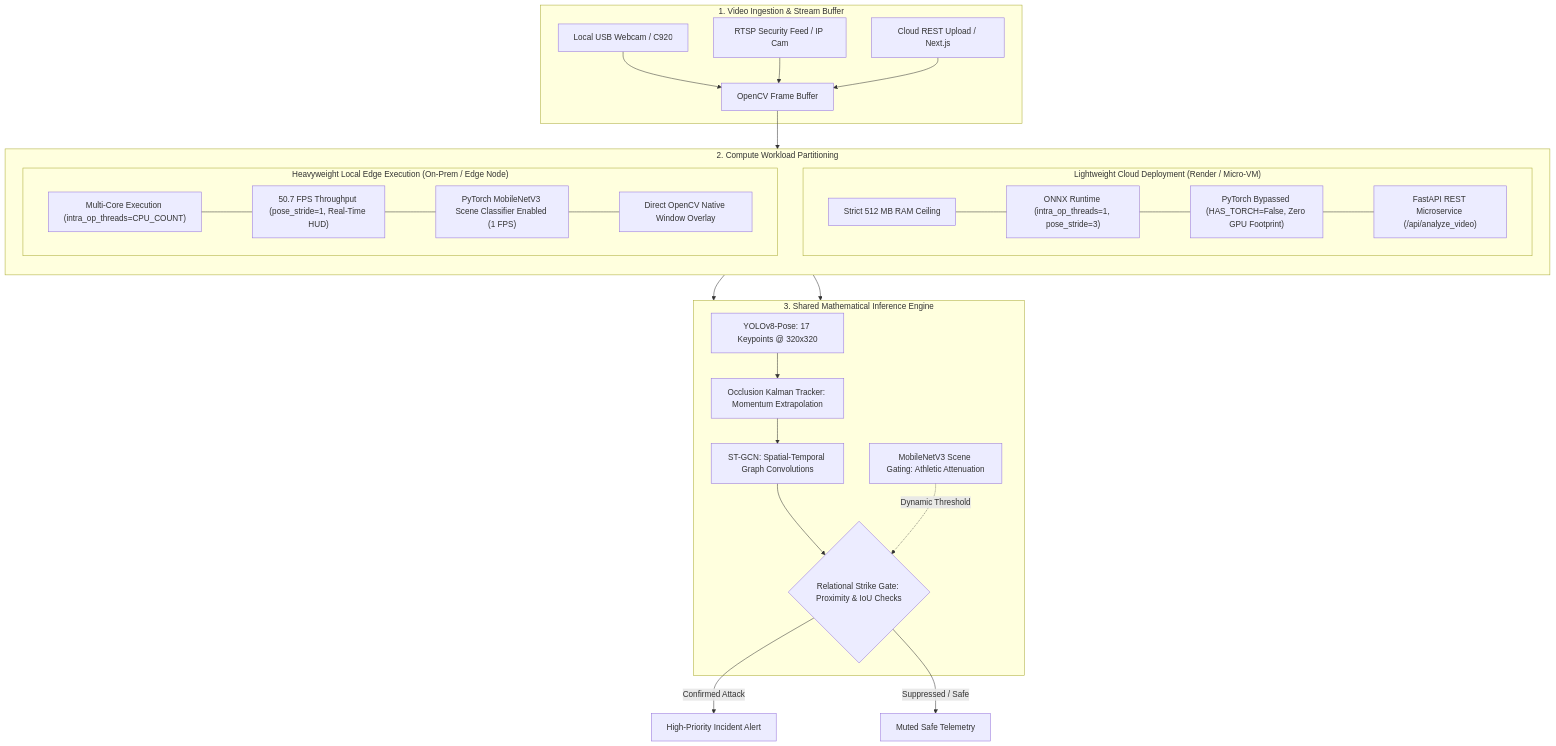
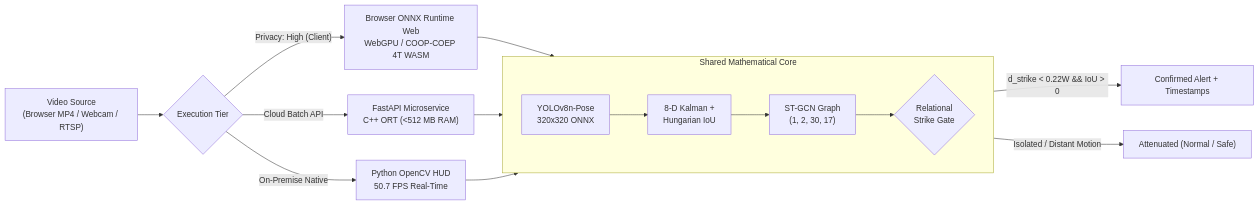
Before and after one commit to Parth-Aish/Violence-Detection-Edge: the diagram in README.md, drawn with Mermaid. The commit also changed other lines of this file and 1 other file, not shown here.

````diff
--- a/README.md
+++ b/README.md
@@ -35,44 +96,21 @@
 ```mermaid
-flowchart TD
-    subgraph INGESTION["1. Video Ingestion & Stream Buffer"]
-        A1[Local USB Webcam / C920] --> INGEST[OpenCV Frame Buffer]
-        A2[RTSP Security Feed / IP Cam] --> INGEST
-        A3[Cloud REST Upload / Next.js] --> INGEST
+flowchart LR
+    IN["Video Source<br/>(Browser MP4 / Webcam / RTSP)"] --> SPLIT{"Execution Tier"}
+    SPLIT -->|"Privacy: High (Client)"| WASM["Browser ONNX Runtime Web<br/>WebGPU / COOP-COEP 4T WASM"]
+    SPLIT -->|"Cloud Batch API"| API["FastAPI Microservice<br/>C++ ORT (&lt;512 MB RAM)"]
+    SPLIT -->|"On-Premise Native"| CLI["Python OpenCV HUD<br/>50.7 FPS Real-Time"]
+
+    WASM --> PIPE
+    API --> PIPE
+    CLI --> PIPE
+
+    subgraph PIPE["Shared Mathematical Core"]
+        direction LR
+        Y["YOLOv8n-Pose<br/>320x320 ONNX"] --> K["8-D Kalman +<br/>Hungarian IoU"]
+        K --> G["ST-GCN Graph<br/>(1, 2, 30, 17)"]
+        G --> R{"Relational<br/>Strike Gate"}
     end
 
-    subgraph PARTITIONING["2. Compute Workload Partitioning"]
-        direction TB
-        subgraph CLOUD_TIER["Lightweight Cloud Deployment (Render / Micro-VM)"]
-            C_RAM["Strict 512 MB RAM Ceiling"]
-            C_ONNX["ONNX Runtime (intra_op_threads=1, pose_stride=3)"]
-            C_NO_TORCH["PyTorch Bypassed (HAS_TORCH=False, Zero GPU Footprint)"]
-            C_API["FastAPI REST Microservice (/api/analyze_video)"]
-            C_RAM --- C_ONNX --- C_NO_TORCH --- C_API
-        end
-
-        subgraph EDGE_TIER["Heavyweight Local Edge Execution (On-Prem / Edge Node)"]
-            E_THREADS["Multi-Core Execution (intra_op_threads=CPU_COUNT)"]
-            E_SPEED["50.7 FPS Throughput (pose_stride=1, Real-Time HUD)"]
-            E_SCENE["PyTorch MobileNetV3 Scene Classifier Enabled (1 FPS)"]
-            E_LOCAL["Direct OpenCV Native Window Overlay"]
-            E_THREADS --- E_SPEED --- E_SCENE --- E_LOCAL
-        end
-    end
-
-    subgraph PIPELINE["3. Shared Mathematical Inference Engine"]
-        YOLO[YOLOv8-Pose: 17 Keypoints @ 320x320]
-        TRACK[Occlusion Kalman Tracker: Momentum Extrapolation]
-        STGCN[ST-GCN: Spatial-Temporal Graph Convolutions]
-        GATE{Relational Strike Gate: Proximity & IoU Checks}
-        SCENE[MobileNetV3 Scene Gating: Athletic Attenuation]
-    end
-
-    INGEST --> PARTITIONING
-    CLOUD_TIER --> PIPELINE
-    EDGE_TIER --> PIPELINE
-    YOLO --> TRACK --> STGCN --> GATE
-    SCENE -.->|Dynamic Threshold| GATE
-
-    GATE -->|Confirmed Attack| ALERT[High-Priority Incident Alert]
-    GATE -->|Suppressed / Safe| SAFE[Muted Safe Telemetry]
+    R -->|"d_strike &lt; 0.22W &amp;&amp; IoU &gt; 0"| OUT["Confirmed Alert + Timestamps"]
+    R -->|"Isolated / Distant Motion"| SAFE["Attenuated (Normal / Safe)"]
 ```
````
